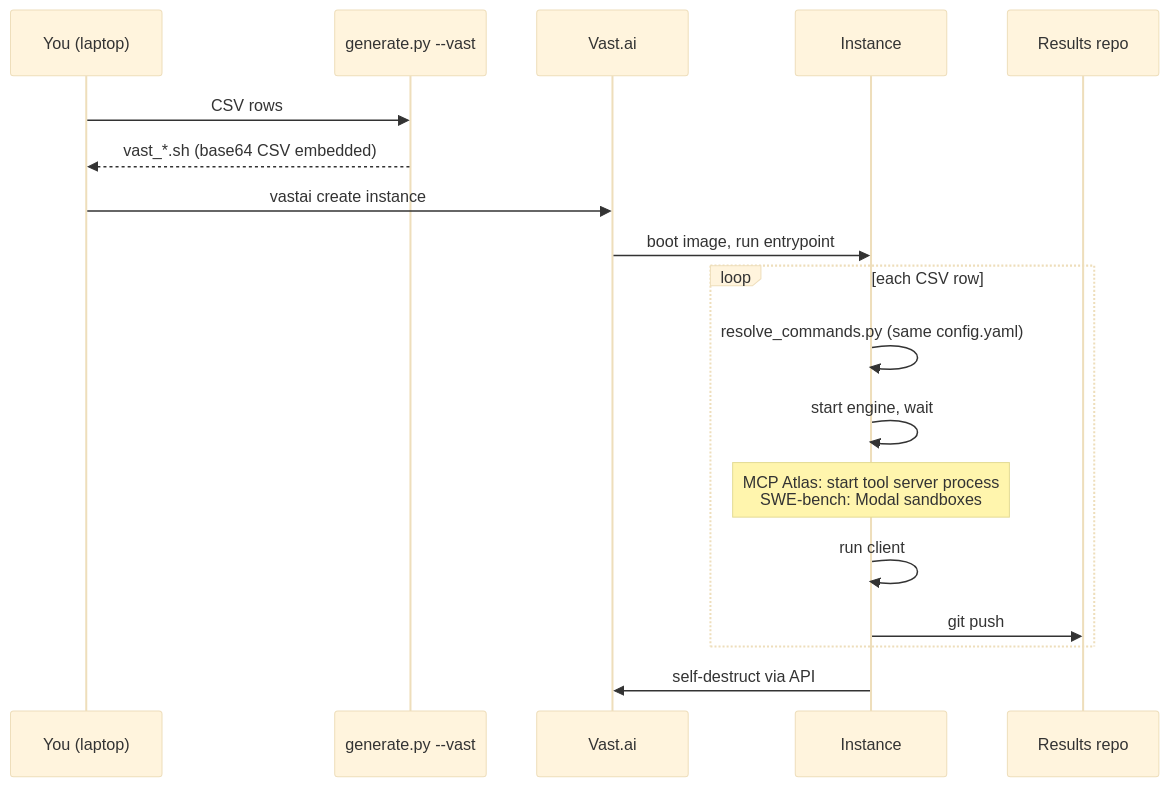
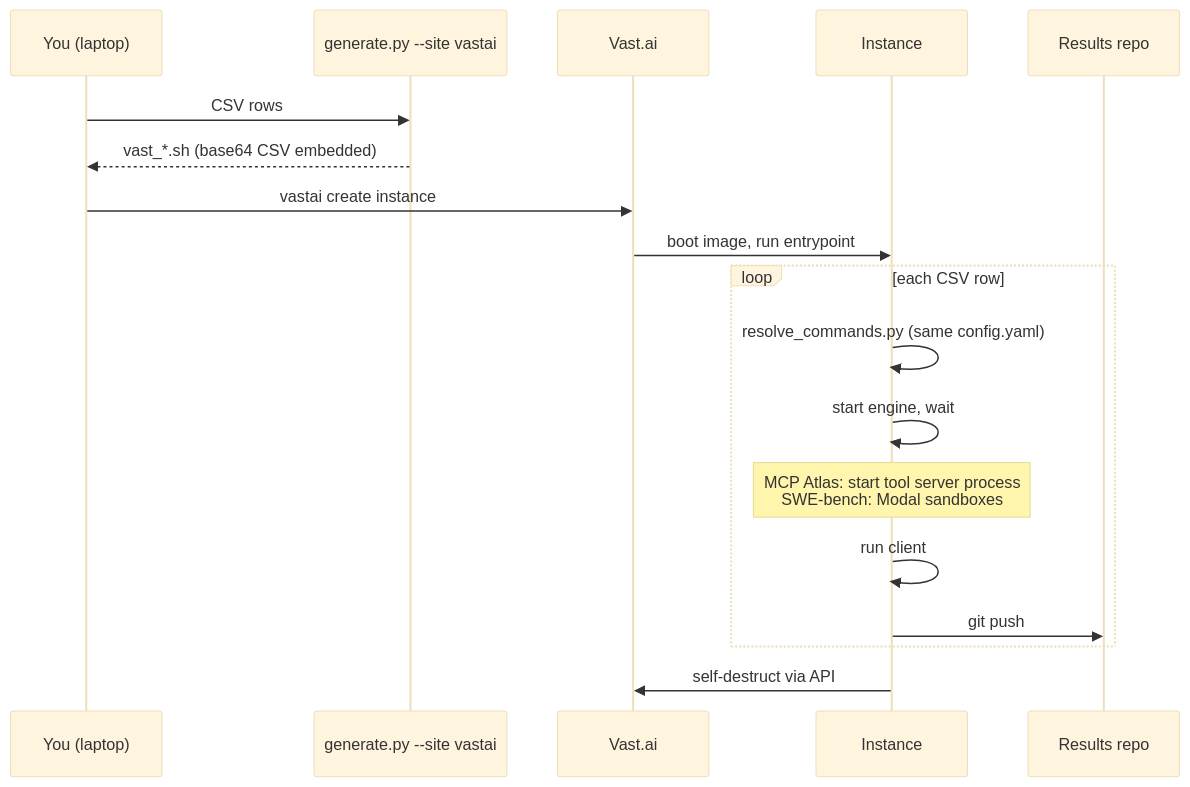
Before and after one commit to TEAS-project/TEASBench: the fourth of 7 diagrams in docs/DEVELOPER_GUIDE.md, drawn with Mermaid (base theme). The commit also changed other lines of this file and 38 other files, not shown here.

````diff
--- a/docs/DEVELOPER_GUIDE.md
+++ b/docs/DEVELOPER_GUIDE.md
@@ -166,21 +178,21 @@
 ```mermaid
 sequenceDiagram
     participant U as You (laptop)
-    participant G as generate.py --vast
+    participant G as generate.py --site vastai
     participant V as Vast.ai
     participant I as Instance
     participant R as Results repo
 
     U->>G: CSV rows
     G-->>U: vast_*.sh (base64 CSV embedded)
     U->>V: vastai create instance
     V->>I: boot image, run entrypoint
     loop each CSV row
         I->>I: resolve_commands.py (same config.yaml)
         I->>I: start engine, wait
         Note over I: MCP Atlas: start tool server process<br/>SWE-bench: Modal sandboxes
         I->>I: run client
         I->>R: git push
     end
     I->>V: self-destruct via API
 ```
````
